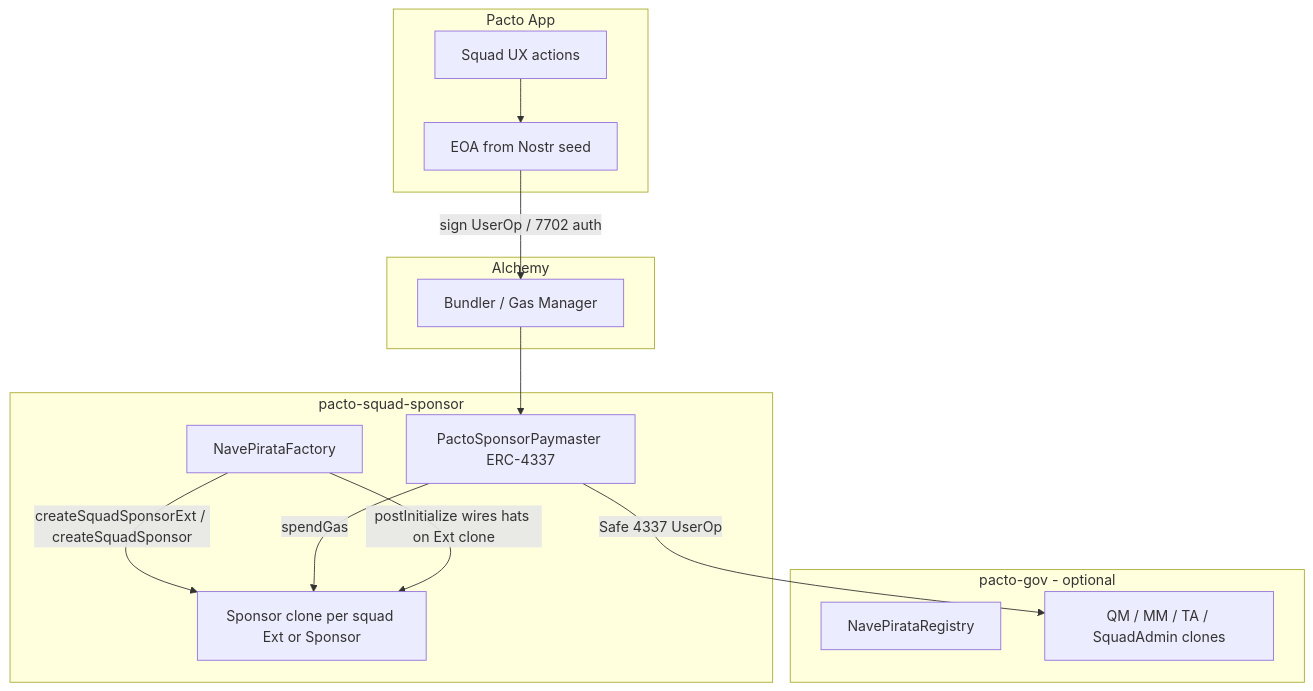
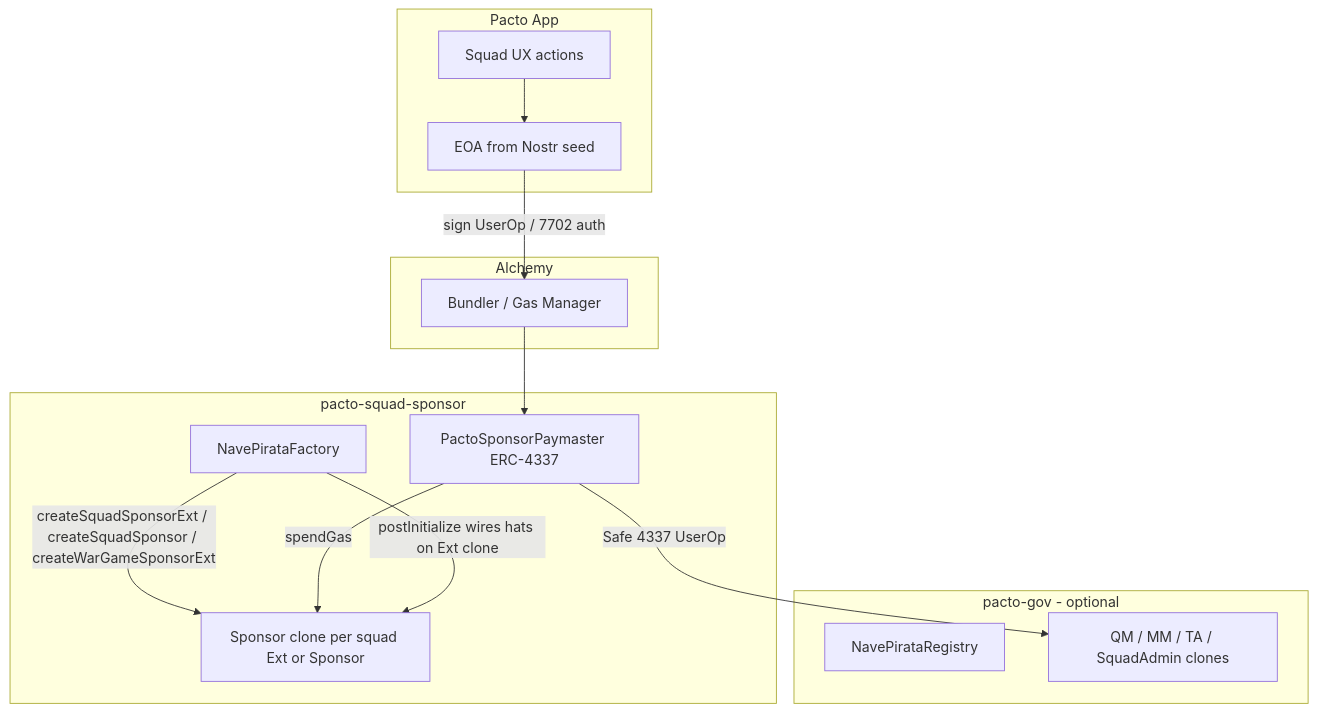
The second of 2 diagrams in docs/TECH_SPEC.md (covenant-gov/pacto-squad-sponsor), drawn with Mermaid before and after one commit. The commit also changed other lines of this file and 9 other files, not shown here.

````diff
--- a/docs/TECH_SPEC.md
+++ b/docs/TECH_SPEC.md
@@ -164,31 +164,31 @@
 ```mermaid
 flowchart TB
   subgraph app [Pacto App]
     Keys[EOA from Nostr seed]
     UX[Squad UX actions]
   end
 
   subgraph sponsor [pacto-squad-sponsor]
     Factory[SquadSponsorFactory]
     SponsorClone[Sponsor clone per squad Ext or Sponsor]
     PM[PactoSponsorPaymaster ERC-4337]
   end
 
   subgraph gov [pacto-gov - optional]
     Reg[NavePirataRegistry]
     Factory[NavePirataFactory]
     Mods[QM / MM / TA / SquadAdmin clones]
   end
 
   subgraph relay [Alchemy]
     Bundler[Bundler / Gas Manager]
   end
 
   UX --> Keys
   Keys -->|sign UserOp / 7702 auth| Bundler
   Bundler --> PM
-  Factory -->|createSquadSponsorExt / createSquadSponsor| SponsorClone
+    Factory -->|createSquadSponsorExt / createSquadSponsor / createWarGameSponsorExt| SponsorClone
   PM -->|spendGas| SponsorClone
   Factory -->|postInitialize wires hats on Ext clone| SponsorClone
   PM -->|Safe 4337 UserOp| Mods
 ```
````
